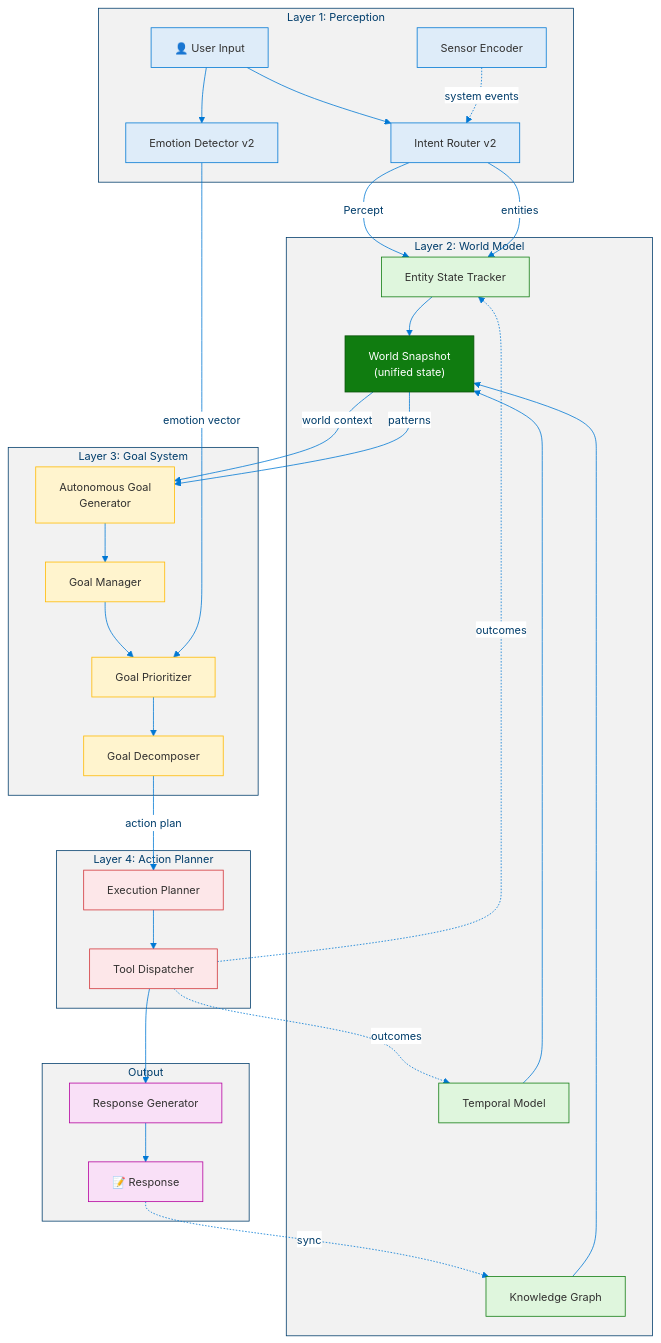
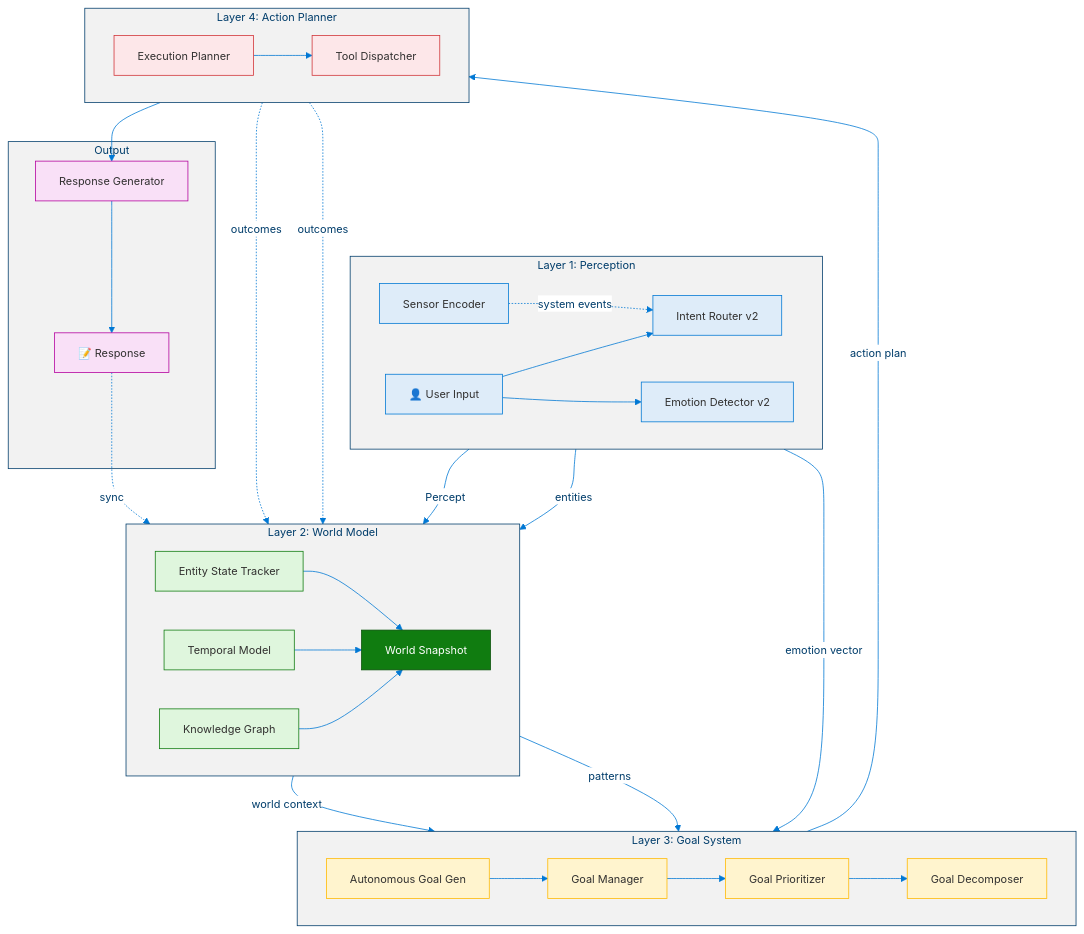
The second of 8 diagrams in docs/levels/Level_2_Autonomous_Agent.md (dotnetpower/mscp), drawn with Mermaid before and after one commit. The commit also changed other lines of this file and 10 other files, not shown here.

````diff
--- a/docs/levels/Level_2_Autonomous_Agent.md
+++ b/docs/levels/Level_2_Autonomous_Agent.md
@@ -163,64 +168,68 @@
 ```mermaid
 %%{init: {'theme': 'base', 'themeVariables': {'primaryColor': '#0078D4', 'primaryTextColor': '#003D6B', 'primaryBorderColor': '#003D6B', 'secondaryColor': '#50E6FF', 'secondaryTextColor': '#323130', 'secondaryBorderColor': '#00BCF2', 'tertiaryColor': '#F2F2F2', 'tertiaryTextColor': '#323130', 'lineColor': '#0078D4', 'textColor': '#323130', 'mainBkg': '#DEECF9', 'nodeBorder': '#0078D4', 'clusterBkg': '#F2F2F2', 'clusterBorder': '#003D6B', 'titleColor': '#003D6B', 'edgeLabelBackground': '#FFFFFF', 'fontSize': '14px'}}}%%
 flowchart TD
   classDef perceptionLight fill:#DEECF9,stroke:#0078D4,color:#323130
   classDef worldLight fill:#DFF6DD,stroke:#107C10,color:#323130
   classDef worldAccent fill:#107C10,stroke:#085108,color:#FFF
   classDef goalLight fill:#FFF4CE,stroke:#FFB900,color:#323130
   classDef actionLight fill:#FDE7E9,stroke:#D13438,color:#323130
   classDef outputLight fill:#F9E0F7,stroke:#B4009E,color:#323130
   classDef feedback fill:#F2F2F2,stroke:#8A8886,color:#323130
 
   subgraph Perception["Layer 1: Perception"]
+    direction LR
     UserInput["👤 User Input"]:::perceptionLight
     IRv2["Intent Router v2"]:::perceptionLight
     EDv2["Emotion Detector v2"]:::perceptionLight
     SEn["Sensor Encoder"]:::perceptionLight
     UserInput --> IRv2
     UserInput --> EDv2
     SEn -.->|system events| IRv2
   end
 
   subgraph WorldModel["Layer 2: World Model"]
+    direction LR
     EST["Entity State Tracker"]:::worldLight
     TML["Temporal Model"]:::worldLight
     KG["Knowledge Graph"]:::worldLight
-    WS["World Snapshot<br/>(unified state)"]:::worldAccent
+    WS["World Snapshot"]:::worldAccent
     EST --> WS
     TML --> WS
     KG --> WS
   end
 
   subgraph GoalSystem["Layer 3: Goal System"]
-    AGG["Autonomous Goal<br/>Generator"]:::goalLight
+    direction LR
+    AGG["Autonomous Goal Gen"]:::goalLight
     GMgr["Goal Manager"]:::goalLight
     GP["Goal Prioritizer"]:::goalLight
     GD["Goal Decomposer"]:::goalLight
     AGG --> GMgr
     GMgr --> GP --> GD
   end
 
   subgraph ActionPlanner["Layer 4: Action Planner"]
+    direction LR
     EP["Execution Planner"]:::actionLight
     TD["Tool Dispatcher"]:::actionLight
   end
 
   subgraph Response["Output"]
     RG["Response Generator"]:::outputLight
     OUT["📝 Response"]:::outputLight
   end
 
   IRv2 -->|Percept| EST
   IRv2 -->|entities| EST
   EDv2 -->|emotion vector| GP
   WS -->|world context| AGG
   WS -->|patterns| AGG
   GD -->|action plan| EP
   EP --> TD
   TD --> RG
   RG --> OUT
 
   TD -.->|outcomes| EST
   TD -.->|outcomes| TML
   OUT -.->|sync| KG
 ```
````
